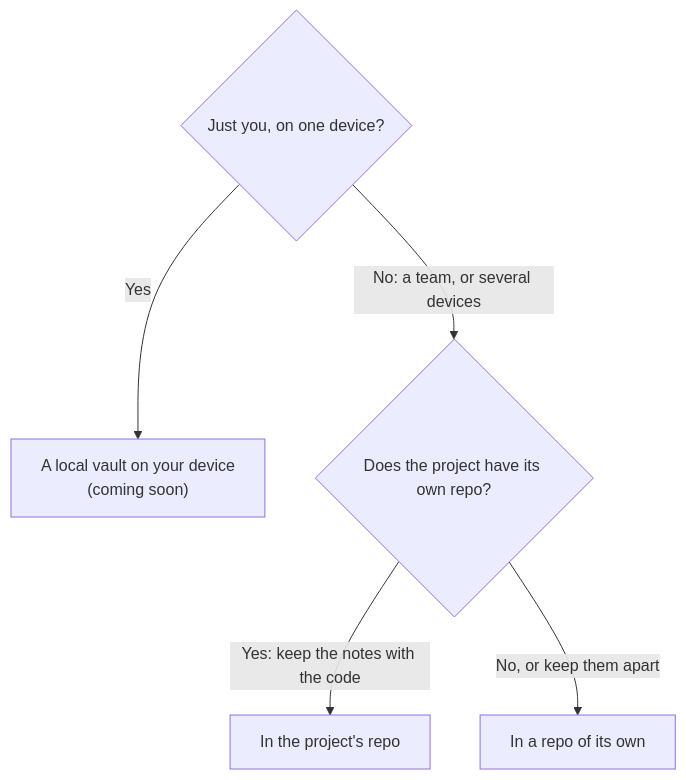
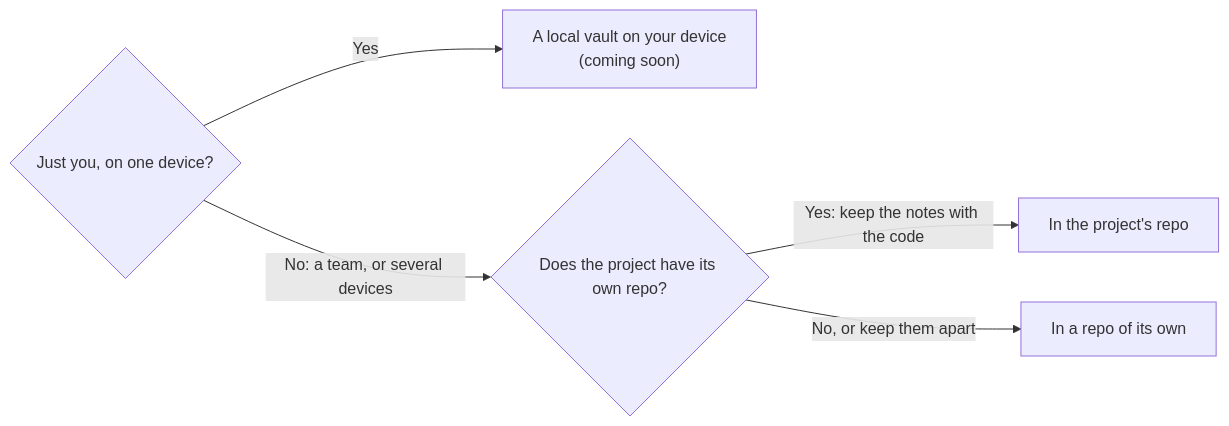
Before and after one commit to Snowy-Peak-Studios/commonplace-md: the diagram in README.md, drawn with Mermaid. The commit also changed 1 other file, not shown here.

Commit message:
README and How To: the setup diagram reads left to right, so GitHub shows it whole

````diff
--- a/README.md
+++ b/README.md
@@ -113,8 +113,8 @@
 ```mermaid
-flowchart TD
+flowchart LR
     q1{"Just you, on one device?"}
     q1 -- Yes --> local["A local vault on your device<br/>(coming soon)"]
     q1 -- "No: a team, or several devices" --> q2{"Does the project have its own repo?"}
     q2 -- "Yes: keep the notes with the code" --> project["In the project's repo"]
     q2 -- "No, or keep them apart" --> own["In a repo of its own"]
 ```
````
